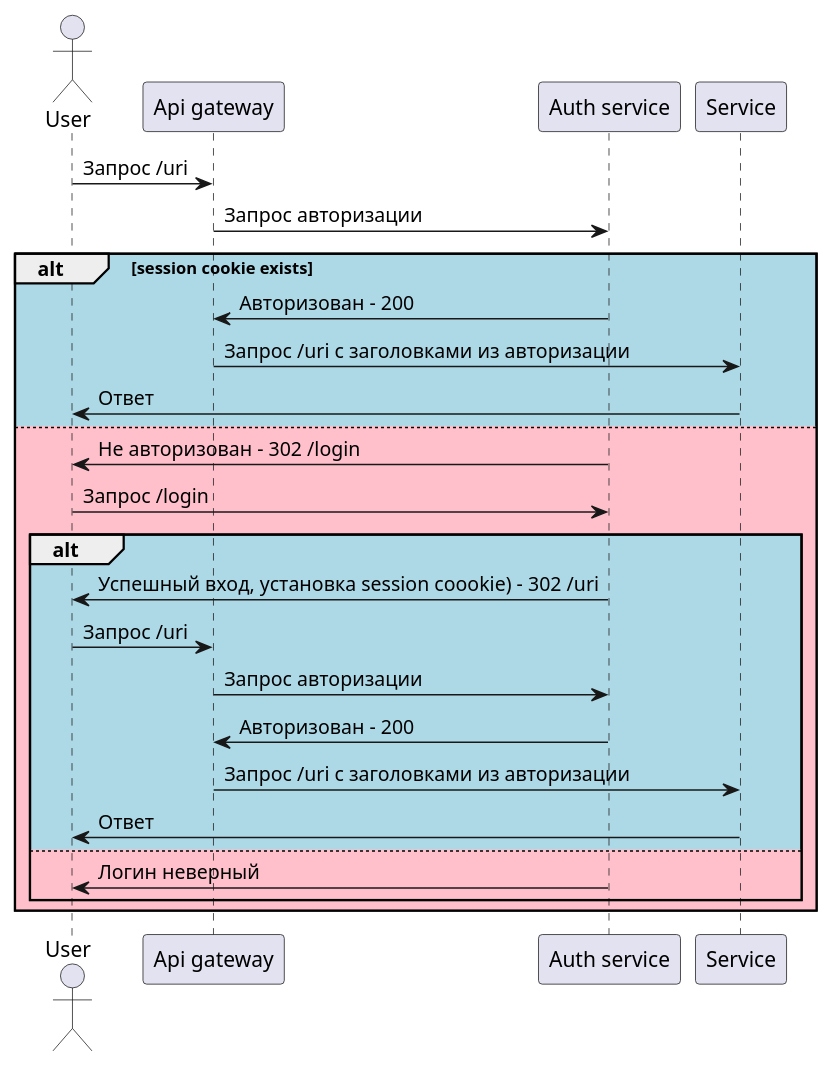
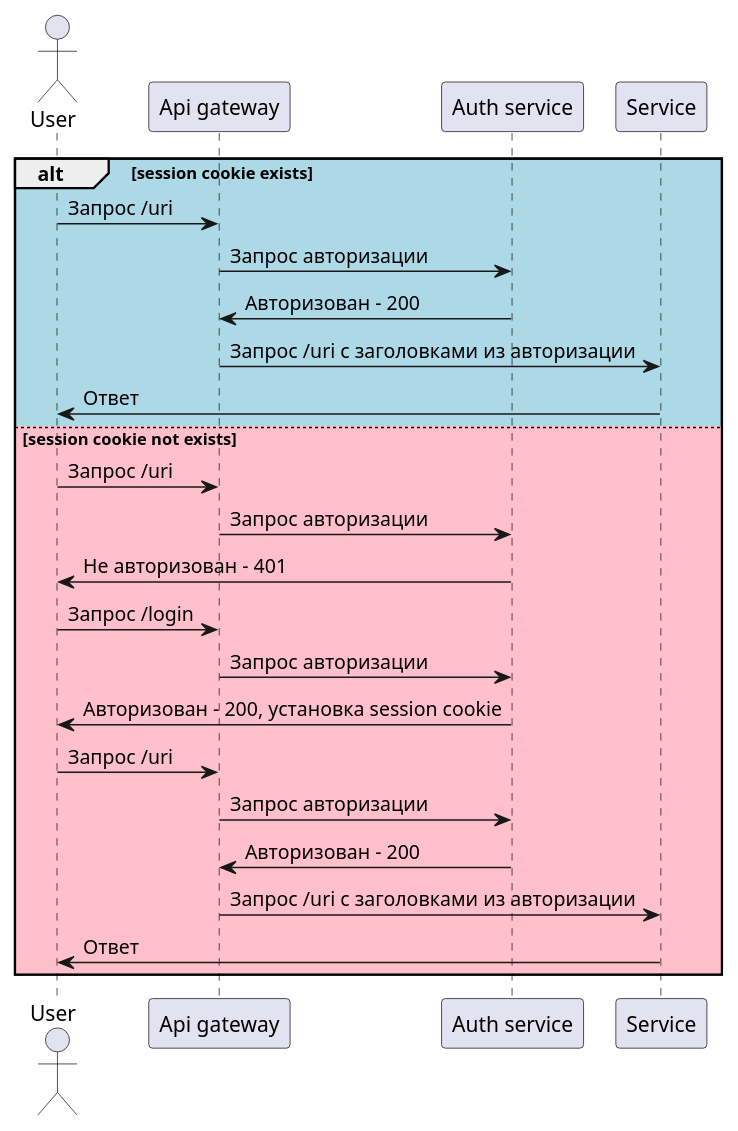
The diagram in assets/forward-auth-with-login.puml (IlyaBikmetov/microservices), drawn with PlantUML before and after one commit.

Commit message:
ApiGateway - schema

```diff
--- a/assets/forward-auth-with-login.puml
+++ b/assets/forward-auth-with-login.puml
@@ -1,41 +1,33 @@
 @startuml
 'https://plantuml.com/sequence-diagram
 
 actor User
 participant "Api gateway"
 participant "Auth service"
 participant "Service"
 
-User -> "Api gateway" : Запрос /uri
-
-"Api gateway" -> "Auth service" : Запрос авторизации
-
 alt #LightBlue session cookie exists
 
-"Auth service" -> "Api gateway" : Авторизован - 200
-"Api gateway" -> "Service" : Запрос /uri с заголовками из авторизации
-"Service" -> "User" : Ответ
+    User -> "Api gateway" : Запрос /uri
+    "Api gateway" -> "Auth service" : Запрос авторизации
+    "Auth service" -> "Api gateway" : Авторизован - 200
+    "Api gateway" -> "Service" : Запрос /uri с заголовками из авторизации
+    "Service" -> "User" : Ответ
 
-else #Pink
+else #Pink session cookie not exists
 
-"Auth service" -> "User" : Не авторизован - 302 /login
-"User" -> "Auth service" : Запрос /login
-
-alt #LightBlue
-
-  "Auth service" -> "User" : Успешный вход, установка session coookie) - 302 /uri
-  User -> "Api gateway" : Запрос /uri
-  "Api gateway" -> "Auth service" : Запрос авторизации
-  "Auth service" -> "Api gateway" : Авторизован - 200
-  "Api gateway" -> "Service" : Запрос /uri с заголовками из авторизации
-  "Service" -> "User" : Ответ
-
-else #Pink
-
-  "Auth service" -> "User": Логин неверный
-
-end
+    User -> "Api gateway" : Запрос /uri
+    "Api gateway" -> "Auth service" : Запрос авторизации
+    "Auth service" -> User : Не авторизован - 401
+    User -> "Api gateway" : Запрос /login
+    "Api gateway" -> "Auth service" : Запрос авторизации
+    "Auth service" -> "User" : Авторизован - 200, установка session cookie
+    User -> "Api gateway" : Запрос /uri
+    "Api gateway" -> "Auth service" : Запрос авторизации
+    "Auth service" -> "Api gateway" : Авторизован - 200
+    "Api gateway" -> "Service" : Запрос /uri с заголовками из авторизации
+    "Service" -> "User" : Ответ
 
 end
 
 @enduml
```
